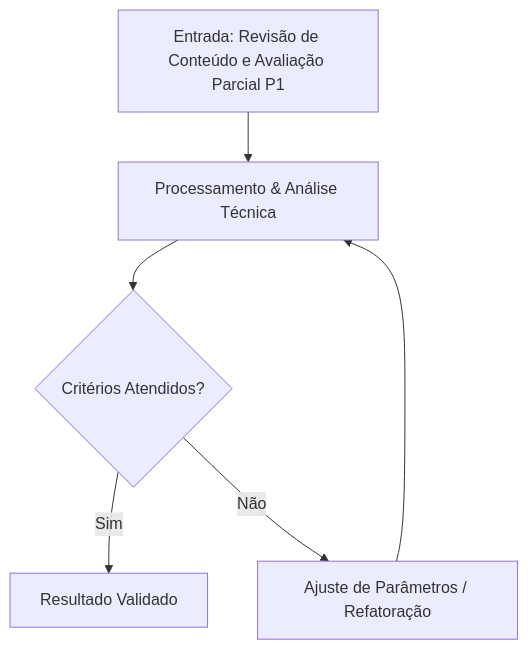
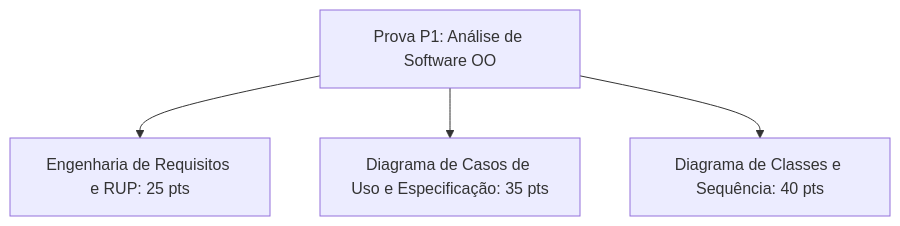
The diagram in content/pt-br/resource/Engenharia de Computação/6-periodo/analise-de-software-orientada-a-objetos/anotacoes/aula-07-revisao-de-conteudo-e-avaliacao-parcial-p1.md (pedroiff0/page), drawn with Mermaid before and after one commit. The commit also changed other lines of this file and 826 other files, not shown here.

````diff
--- a/content/pt-br/resource/Engenharia de Computação/6-periodo/analise-de-software-orientada-a-objetos/anotacoes/aula-07-revisao-de-conteudo-e-avaliacao-parcial-p1.md
+++ b/content/pt-br/resource/Engenharia de Computação/6-periodo/analise-de-software-orientada-a-objetos/anotacoes/aula-07-revisao-de-conteudo-e-avaliacao-parcial-p1.md
@@ -74,8 +72,6 @@
 ```mermaid
 flowchart TD
-    A[Entrada: Revisão de Conteúdo e Avaliação Parcial P1] --> B[Processamento & Análise Técnica]
-    B --> C{Critérios Atendidos?}
-    C -- Sim --> D[Resultado Validado]
-    C -- Não --> E[Ajuste de Parâmetros / Refatoração]
-    E --> B
+    P1[Prova P1: Análise de Software OO] --> Q1[Engenharia de Requisitos e RUP: 25 pts]
+    P1 --> Q2[Diagrama de Casos de Uso e Especificação: 35 pts]
+    P1 --> Q3[Diagrama de Classes e Sequência: 40 pts]
 ```
````
